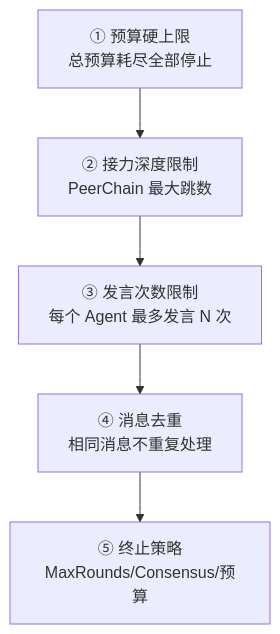
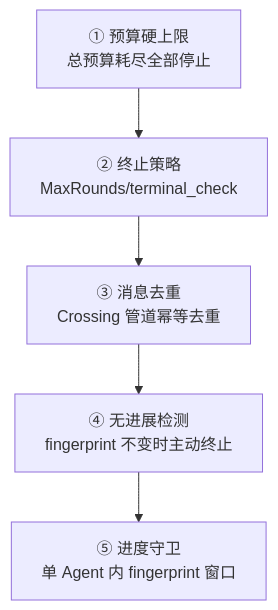
The second of 3 diagrams in docs/topics/governance.md (limenagent/prodagent), drawn with Mermaid before and after one commit. The commit also changed other lines of this file and 28 other files, not shown here.

````diff
--- a/docs/topics/governance.md
+++ b/docs/topics/governance.md
@@ -105,7 +81,7 @@
 ```mermaid
 graph TD
-    L1["① 预算硬上限<br/>总预算耗尽全部停止"] --> L2["② 接力深度限制<br/>PeerChain 最大跳数"]
-    L2 --> L3["③ 发言次数限制<br/>每个 Agent 最多发言 N 次"]
-    L3 --> L4["④ 消息去重<br/>相同消息不重复处理"]
-    L4 --> L5["⑤ 终止策略<br/>MaxRounds/Consensus/预算"]
+    L1["① 预算硬上限<br/>总预算耗尽全部停止"] --> L2["② 终止策略<br/>MaxRounds/terminal_check"]
+    L2 --> L3["③ 消息去重<br/>Crossing 管道幂等去重"]
+    L3 --> L4["④ 无进展检测<br/>fingerprint 不变时主动终止"]
+    L4 --> L5["⑤ 进度守卫<br/>单 Agent 内 fingerprint 窗口"]
 ```
````
